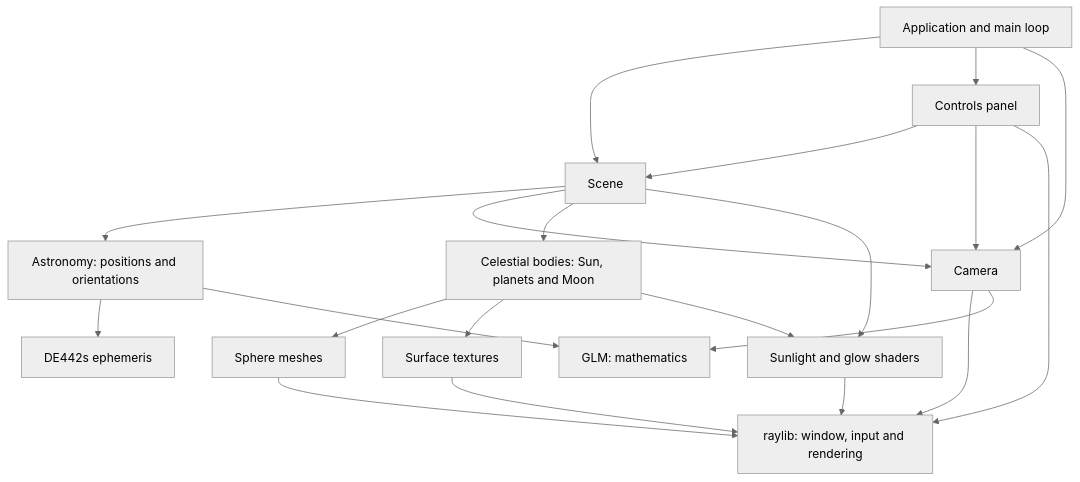
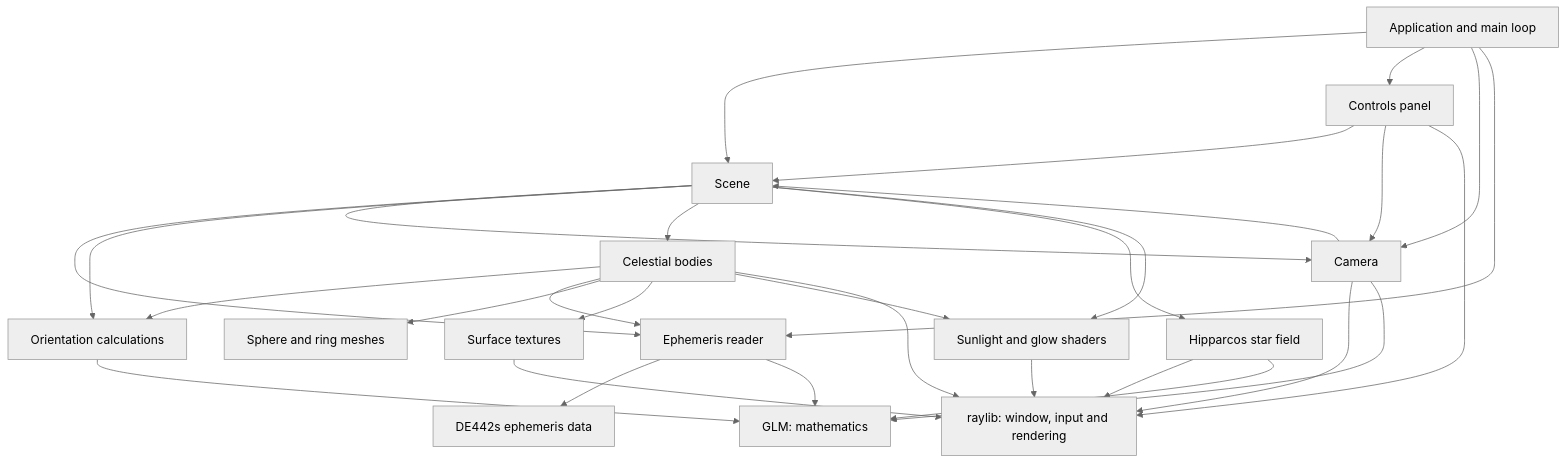
One commit to jrsteele09/solar-system changed the diagram in README.md. Above: the diagram before and after it, drawn with Mermaid (neutral theme). The commit also changed other lines of this file and 8 other files, not shown here.

Commit message:
removed usage of raylib from the generic maths calculations

````diff
--- a/README.md
+++ b/README.md
@@ -66,23 +54,32 @@
 ```mermaid
 flowchart TD
     App[Application and main loop] --> Scene
     App --> Controls[Controls panel]
     App --> Camera
+    App --> Ephemeris[Ephemeris reader]
     Controls --> Scene
     Controls --> Camera
-    Scene --> Astronomy[Astronomy: positions and orientations]
-    Astronomy --> Ephemeris[DE442s ephemeris]
+    Camera --> Scene
     Scene --> Camera
-    Scene --> Bodies[Celestial bodies: Sun, planets and Moon]
-    Bodies --> Meshes[Sphere meshes]
+    Scene --> Ephemeris
+    Scene --> Astronomy
+    Scene --> Bodies[Celestial bodies]
+    Scene --> Stars[Hipparcos star field]
+    Scene --> Shaders[Sunlight and glow shaders]
+    Bodies --> Astronomy[Orientation calculations]
+    Bodies --> Ephemeris
+    Ephemeris --> Data[DE442s ephemeris data]
+    Bodies --> Meshes[Sphere and ring meshes]
     Bodies --> Textures[Surface textures]
     Bodies --> Shaders[Sunlight and glow shaders]
-    Scene --> Shaders
+    Bodies --> Raylib
+    Stars --> Raylib
     Camera --> Raylib[raylib: window, input and rendering]
     Controls --> Raylib
-    Meshes --> Raylib
     Textures --> Raylib
     Shaders --> Raylib
+    Ephemeris --> GLM[GLM: mathematics]
     Astronomy --> GLM[GLM: mathematics]
     Camera --> GLM
+    Stars --> GLM
 ```
````
